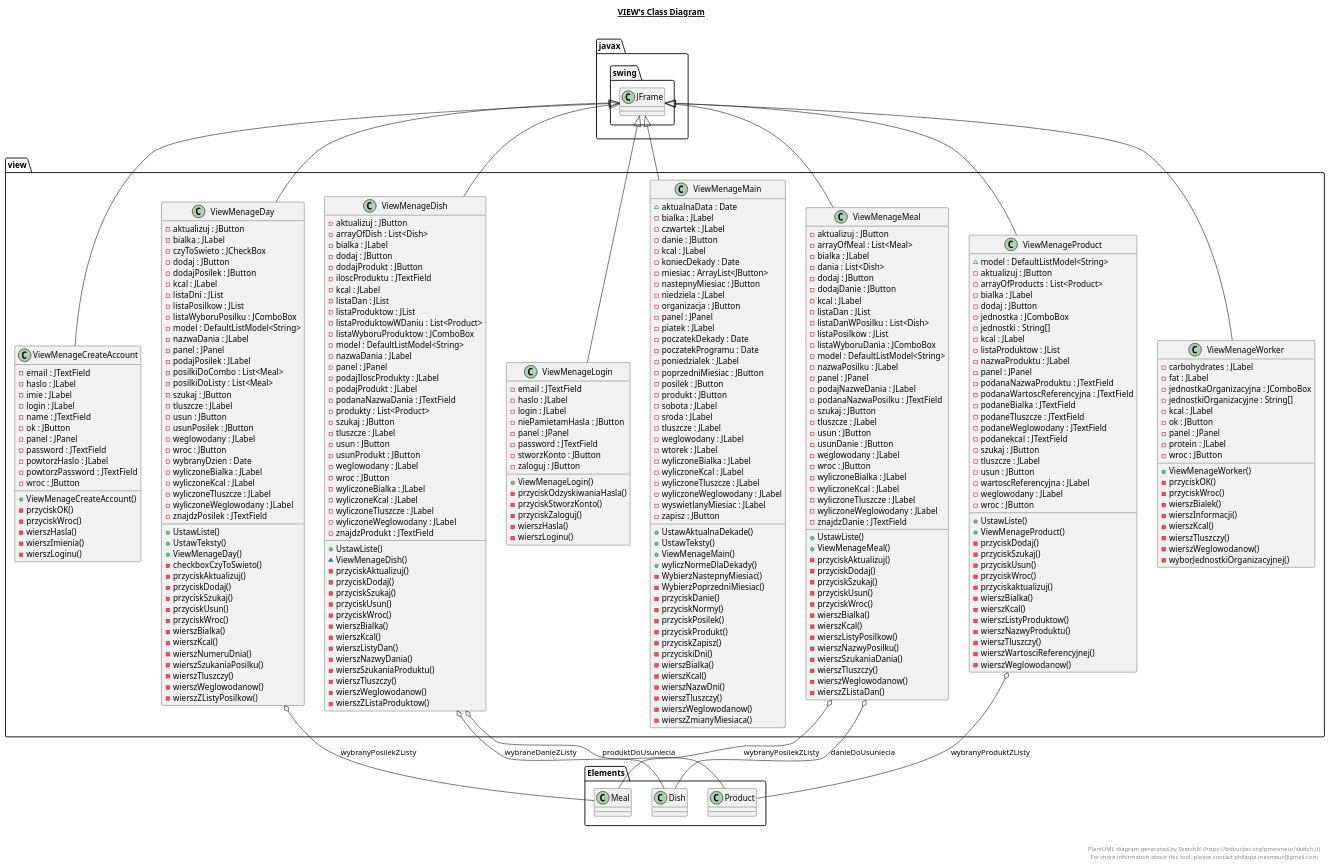
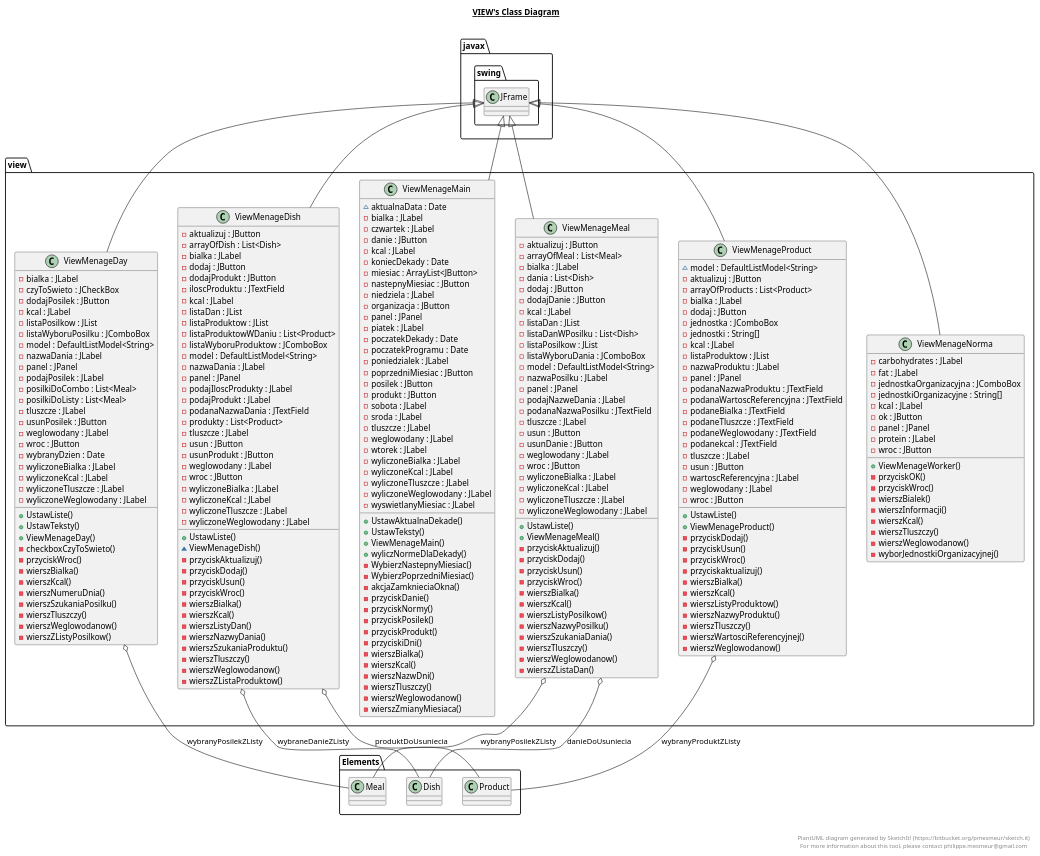
The diagram in src/view/view.plantuml (latac/diploma-code), drawn with PlantUML before and after one commit. The commit also changed 27 other files, not shown here.

```diff
--- a/src/view/view.plantuml
+++ b/src/view/view.plantuml
@@ -3,37 +3,11 @@
 title __VIEW's Class Diagram__\n
 
   namespace view {
-    class view.ViewMenageCreateAccount {
-        - email : JTextField
-        - haslo : JLabel
-        - imie : JLabel
-        - login : JLabel
-        - name : JTextField
-        - ok : JButton
-        - panel : JPanel
-        - password : JTextField
-        - powtorzHaslo : JLabel
-        - powtorzPassword : JTextField
-        - wroc : JButton
-        + ViewMenageCreateAccount()
-        - przyciskOK()
-        - przyciskWroc()
-        - wierszHasla()
-        - wierszImienia()
-        - wierszLoginu()
-    }
-  }
-  
-
-  namespace view {
     class view.ViewMenageDay {
-        - aktualizuj : JButton
         - bialka : JLabel
         - czyToSwieto : JCheckBox
-        - dodaj : JButton
         - dodajPosilek : JButton
         - kcal : JLabel
-        - listaDni : JList
         - listaPosilkow : JList
         - listaWyboruPosilku : JComboBox
         - model : DefaultListModel<String>
@@ -42,9 +16,7 @@
         - podajPosilek : JLabel
         - posilkiDoCombo : List<Meal>
         - posilkiDoListy : List<Meal>
-        - szukaj : JButton
         - tluszcze : JLabel
-        - usun : JButton
         - usunPosilek : JButton
         - weglowodany : JLabel
         - wroc : JButton
@@ -53,15 +25,10 @@
         - wyliczoneKcal : JLabel
         - wyliczoneTluszcze : JLabel
         - wyliczoneWeglowodany : JLabel
-        - znajdzPosilek : JTextField
         + UstawListe()
         + UstawTeksty()
         + ViewMenageDay()
         - checkboxCzyToSwieto()
-        - przyciskAktualizuj()
-        - przyciskDodaj()
-        - przyciskSzukaj()
-        - przyciskUsun()
         - przyciskWroc()
         - wierszBialka()
         - wierszKcal()
@@ -94,7 +61,6 @@
         - podajProdukt : JLabel
         - podanaNazwaDania : JTextField
         - produkty : List<Product>
-        - szukaj : JButton
         - tluszcze : JLabel
         - usun : JButton
         - usunProdukt : JButton
@@ -104,12 +70,10 @@
         - wyliczoneKcal : JLabel
         - wyliczoneTluszcze : JLabel
         - wyliczoneWeglowodany : JLabel
-        - znajdzProdukt : JTextField
         + UstawListe()
         ~ ViewMenageDish()
         - przyciskAktualizuj()
         - przyciskDodaj()
-        - przyciskSzukaj()
         - przyciskUsun()
         - przyciskWroc()
         - wierszBialka()
@@ -120,26 +84,6 @@
         - wierszTluszczy()
         - wierszWeglowodanow()
         - wierszZListaProduktow()
-    }
-  }
-  
-
-  namespace view {
-    class view.ViewMenageLogin {
-        - email : JTextField
-        - haslo : JLabel
-        - login : JLabel
-        - niePamietamHasla : JButton
-        - panel : JPanel
-        - password : JTextField
-        - stworzKonto : JButton
-        - zaloguj : JButton
-        + ViewMenageLogin()
-        - przyciskOdzyskiwaniaHasla()
-        - przyciskStworzKonto()
-        - przyciskZaloguj()
-        - wierszHasla()
-        - wierszLoginu()
     }
   }
   
@@ -174,18 +118,17 @@
         - wyliczoneTluszcze : JLabel
         - wyliczoneWeglowodany : JLabel
         - wyswietlanyMiesiac : JLabel
-        - zapisz : JButton
         + UstawAktualnaDekade()
         + UstawTeksty()
         + ViewMenageMain()
         + wyliczNormeDlaDekady()
         - WybierzNastepnyMiesiac()
         - WybierzPoprzedniMiesiac()
+        - akcjaZamknieciaOkna()
         - przyciskDanie()
         - przyciskNormy()
         - przyciskPosilek()
         - przyciskProdukt()
-        - przyciskZapisz()
         - przyciskiDni()
         - wierszBialka()
         - wierszKcal()
@@ -215,7 +158,6 @@
         - panel : JPanel
         - podajNazweDania : JLabel
         - podanaNazwaPosilku : JTextField
-        - szukaj : JButton
         - tluszcze : JLabel
         - usun : JButton
         - usunDanie : JButton
@@ -225,12 +167,10 @@
         - wyliczoneKcal : JLabel
         - wyliczoneTluszcze : JLabel
         - wyliczoneWeglowodany : JLabel
-        - znajdzDanie : JTextField
         + UstawListe()
         + ViewMenageMeal()
         - przyciskAktualizuj()
         - przyciskDodaj()
-        - przyciskSzukaj()
         - przyciskUsun()
         - przyciskWroc()
         - wierszBialka()
@@ -264,7 +204,6 @@
         - podaneTluszcze : JTextField
         - podaneWeglowodany : JTextField
         - podanekcal : JTextField
-        - szukaj : JButton
         - tluszcze : JLabel
         - usun : JButton
         - wartoscReferencyjna : JLabel
@@ -273,7 +212,6 @@
         + UstawListe()
         + ViewMenageProduct()
         - przyciskDodaj()
-        - przyciskSzukaj()
         - przyciskUsun()
         - przyciskWroc()
         - przyciskaktualizuj()
@@ -289,7 +227,7 @@
   
 
   namespace view {
-    class view.ViewMenageWorker {
+    class view.ViewMenageNorma {
         - carbohydrates : JLabel
         - fat : JLabel
         - jednostkaOrganizacyjna : JComboBox
@@ -312,20 +250,18 @@
   }
   
 
-  view.ViewMenageCreateAccount -up-|> javax.swing.JFrame
   view.ViewMenageDay -up-|> javax.swing.JFrame
   view.ViewMenageDay o-- Elements.Meal : wybranyPosilekZListy
   view.ViewMenageDish -up-|> javax.swing.JFrame
   view.ViewMenageDish o-- Elements.Product : produktDoUsuniecia
   view.ViewMenageDish o-- Elements.Dish : wybraneDanieZListy
-  view.ViewMenageLogin -up-|> javax.swing.JFrame
   view.ViewMenageMain -up-|> javax.swing.JFrame
   view.ViewMenageMeal -up-|> javax.swing.JFrame
   view.ViewMenageMeal o-- Elements.Dish : danieDoUsuniecia
   view.ViewMenageMeal o-- Elements.Meal : wybranyPosilekZListy
   view.ViewMenageProduct -up-|> javax.swing.JFrame
   view.ViewMenageProduct o-- Elements.Product : wybranyProduktZListy
-  view.ViewMenageWorker -up-|> javax.swing.JFrame
+  view.ViewMenageNorma -up-|> javax.swing.JFrame
 
 
 right footer
```
